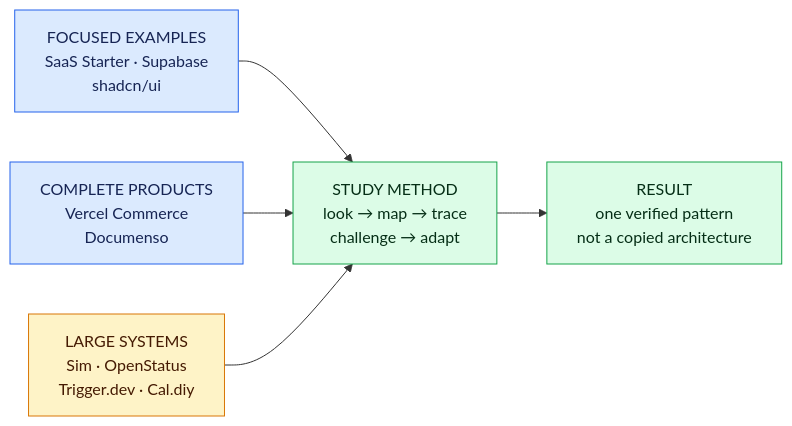
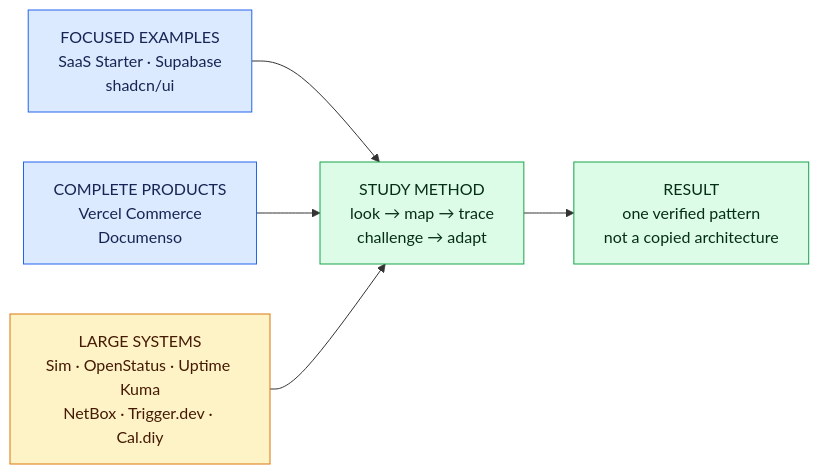
Before and after one commit to saliftankoano/pierre-build-program: diagram 15 of 16 in README.md, drawn with Mermaid. The commit also changed other lines of this file and 253 other files, not shown here.

````diff
--- a/README.md
+++ b/README.md
@@ -422,20 +476,20 @@
 ```mermaid
 flowchart LR
     SMALL["FOCUSED EXAMPLES<br/>SaaS Starter · Supabase<br/>shadcn/ui"]
     PRODUCT["COMPLETE PRODUCTS<br/>Vercel Commerce<br/>Documenso"]
-    SYSTEM["LARGE SYSTEMS<br/>Sim · OpenStatus<br/>Trigger.dev · Cal.diy"]
+    SYSTEM["LARGE SYSTEMS<br/>Sim · OpenStatus · Uptime Kuma<br/>NetBox · Trigger.dev · Cal.diy"]
     METHOD["STUDY METHOD<br/>look → map → trace<br/>challenge → adapt"]
     RESULT["RESULT<br/>one verified pattern<br/>not a copied architecture"]
 
     SMALL --> METHOD
     PRODUCT --> METHOD
     SYSTEM --> METHOD
     METHOD --> RESULT
 
     classDef context fill:#dbeafe,stroke:#2563eb,color:#172554;
     classDef plan fill:#fef3c7,stroke:#d97706,color:#451a03;
     classDef build fill:#dcfce7,stroke:#16a34a,color:#052e16;
     class SMALL,PRODUCT context;
     class SYSTEM plan;
     class METHOD,RESULT build;
 ```
````
